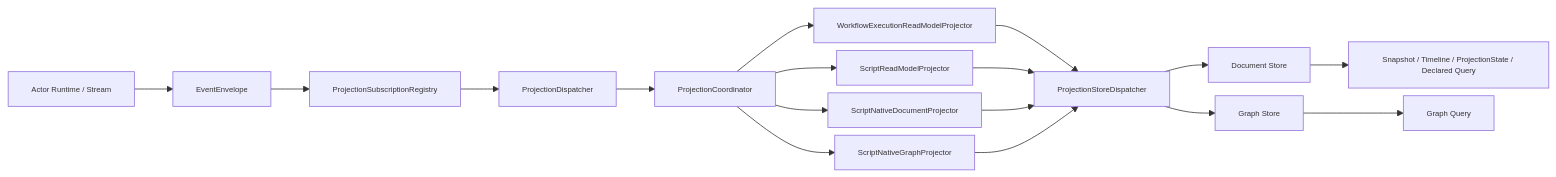
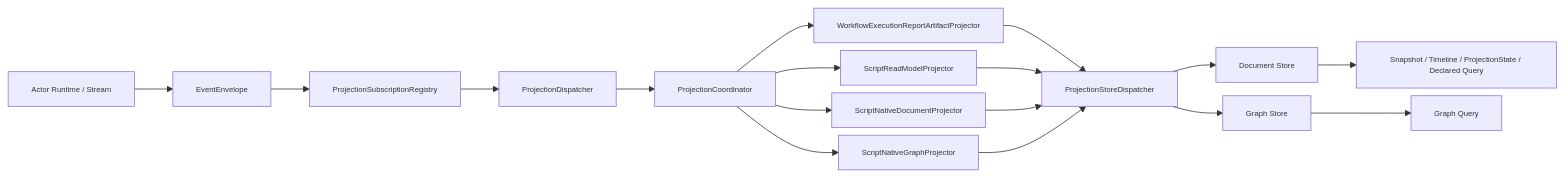
The first of 3 diagrams in docs/architecture/2026-03-15-cqrs-projection-readmodels-architecture.md (aevatarAI/aevatar), drawn with Mermaid before and after one commit. The commit also changed other lines of this file and 83 other files, not shown here.

First line of the commit message:
Refactor ReadModel Architecture and Update Projector Responsibilities

````diff
--- a/docs/architecture/2026-03-15-cqrs-projection-readmodels-architecture.md
+++ b/docs/architecture/2026-03-15-cqrs-projection-readmodels-architecture.md
@@ -80,20 +80,20 @@
 ```mermaid
 %%{init: {"maxTextSize": 100000, "flowchart": {"useMaxWidth": false, "nodeSpacing": 10, "rankSpacing": 50}, "themeVariables": {"fontSize": "10px"}}}%%
 flowchart LR
   A["Actor Runtime / Stream"] --> B["EventEnvelope<ProjectionPayload>"]
   B --> C["ProjectionSubscriptionRegistry"]
   C --> D["ProjectionDispatcher"]
   D --> E["ProjectionCoordinator"]
-  E --> F1["WorkflowExecutionReadModelProjector"]
+  E --> F1["WorkflowExecutionReportArtifactProjector"]
   E --> F2["ScriptReadModelProjector"]
   E --> F3["ScriptNativeDocumentProjector"]
   E --> F4["ScriptNativeGraphProjector"]
   F1 --> G["ProjectionStoreDispatcher"]
   F2 --> G
   F3 --> G
   F4 --> G
   G --> H1["Document Store"]
   G --> H2["Graph Store"]
   H1 --> I1["Snapshot / Timeline / ProjectionState / Declared Query"]
   H2 --> I2["Graph Query"]
 ```
````
